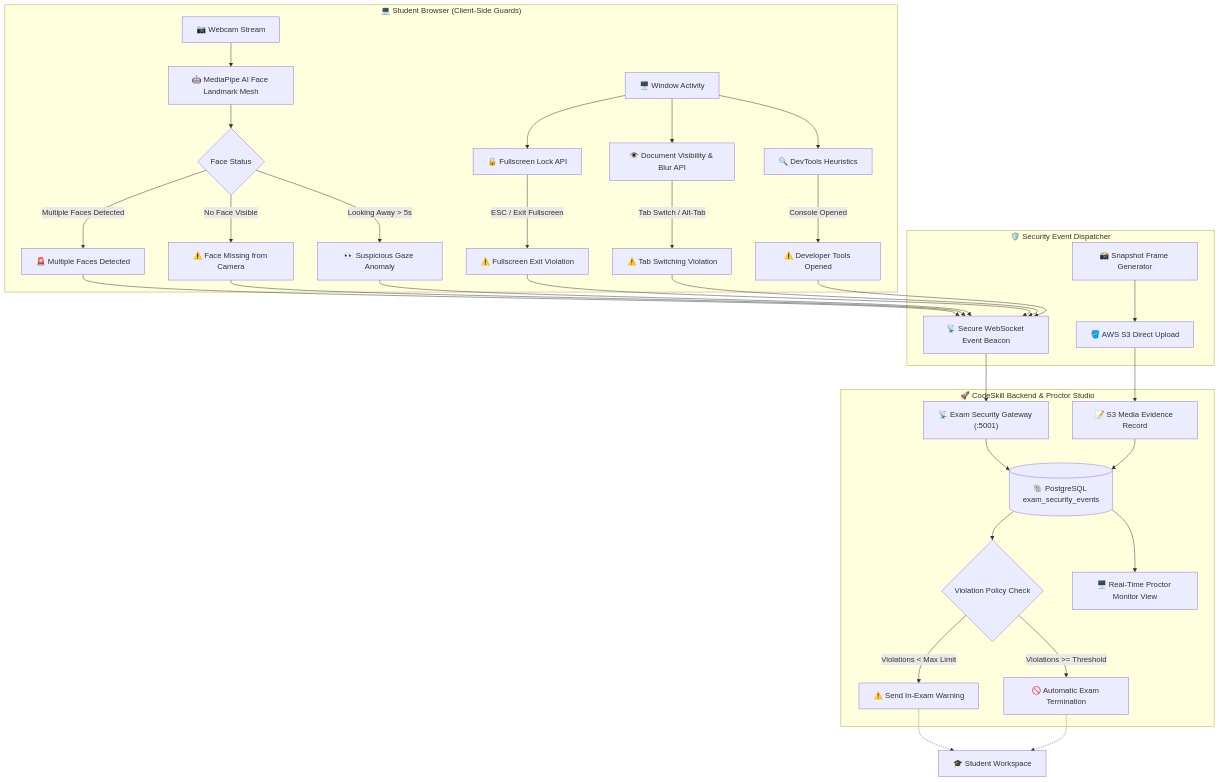
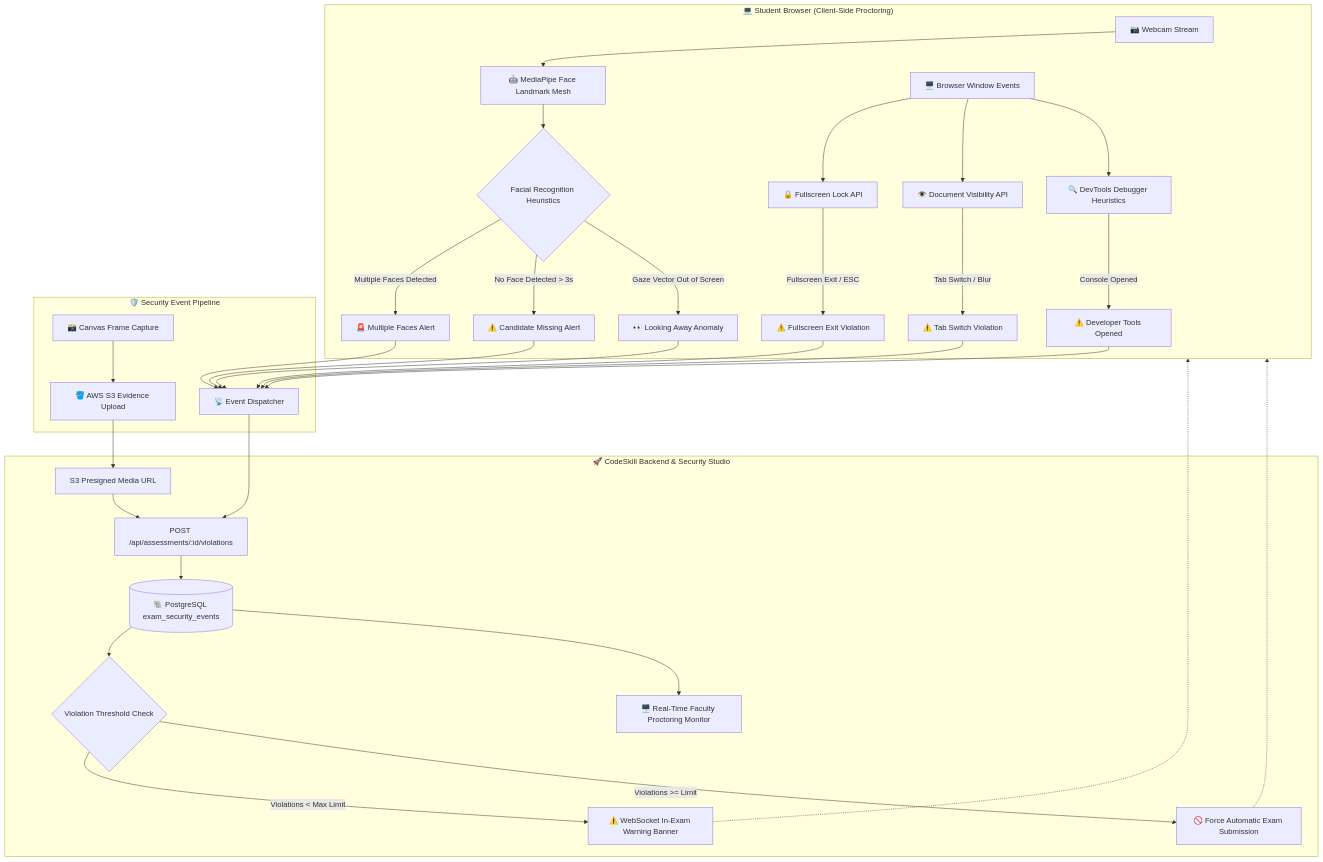
Before and after one commit to Abhinavvlog/codeskill: the third of 5 diagrams in README.md, drawn with Mermaid. The commit also changed other lines of this file and 28 other files, not shown here.

````diff
--- a/README.md
+++ b/README.md
@@ -261,43 +295,43 @@
 ```mermaid
 flowchart TD
-    subgraph ClientSide ["💻 Student Browser (Client-Side Guards)"]
-        CamStream["📷 Webcam Stream"] --> MediaPipe["🤖 MediaPipe AI Face Landmark Mesh"]
-        MediaPipe --> FaceCheck{"Face Status"}
-        FaceCheck -->|"Multiple Faces Detected"| AlertMult["🚨 Multiple Faces Detected"]
-        FaceCheck -->|"No Face Visible"| AlertNone["⚠️ Face Missing from Camera"]
-        FaceCheck -->|"Looking Away > 5s"| AlertGaze["👀 Suspicious Gaze Anomaly"]
+    subgraph ClientSide ["💻 Student Browser (Client-Side Proctoring)"]
+        Webcam["📷 Webcam Stream"] --> FaceLandmarks["🤖 MediaPipe Face Landmark Mesh"]
+        FaceLandmarks --> FaceDecisions{"Facial Recognition Heuristics"}
+        FaceDecisions -->|"Multiple Faces Detected"| AlertMult["🚨 Multiple Faces Alert"]
+        FaceDecisions -->|"No Face Detected > 3s"| AlertNone["⚠️ Candidate Missing Alert"]
+        FaceDecisions -->|"Gaze Vector Out of Screen"| AlertGaze["👀 Looking Away Anomaly"]
 
-        Screen["🖥️ Window Activity"] --> FSCheck["🔒 Fullscreen Lock API"]
-        FSCheck -->|"ESC / Exit Fullscreen"| AlertFS["⚠️ Fullscreen Exit Violation"]
-        Screen --> FocusCheck["👁️ Document Visibility & Blur API"]
-        FocusCheck -->|"Tab Switch / Alt-Tab"| AlertTab["⚠️ Tab Switching Violation"]
-        Screen --> DevtoolsCheck["🔍 DevTools Heuristics"]
-        DevtoolsCheck -->|"Console Opened"| AlertDev["⚠️ Developer Tools Opened"]
+        WindowEvents["🖥️ Browser Window Events"] --> FullscreenAPI["🔒 Fullscreen Lock API"]
+        FullscreenAPI -->|"Fullscreen Exit / ESC"| AlertFS["⚠️ Fullscreen Exit Violation"]
+        WindowEvents --> VisibilityAPI["👁️ Document Visibility API"]
+        VisibilityAPI -->|"Tab Switch / Blur"| AlertTab["⚠️ Tab Switch Violation"]
+        WindowEvents --> DevtoolsDetect["🔍 DevTools Debugger Heuristics"]
+        DevtoolsDetect -->|"Console Opened"| AlertDev["⚠️ Developer Tools Opened"]
     end
 
-    subgraph SecurityHub ["🛡️ Security Event Dispatcher"]
-        AlertMult --> Beacon["📡 Secure WebSocket Event Beacon"]
-        AlertNone --> Beacon
-        AlertGaze --> Beacon
-        AlertFS --> Beacon
-        AlertTab --> Beacon
-        AlertDev --> Beacon
-        CamSnap["📸 Snapshot Frame Generator"] --> S3Direct["🪣 AWS S3 Direct Upload"]
+    subgraph Dispatcher ["🛡️ Security Event Pipeline"]
+        AlertMult --> EventBatcher["📡 Event Dispatcher"]
+        AlertNone --> EventBatcher
+        AlertGaze --> EventBatcher
+        AlertFS --> EventBatcher
+        AlertTab --> EventBatcher
+        AlertDev --> EventBatcher
+        Snapshots["📸 Canvas Frame Capture"] --> S3Direct["🪣 AWS S3 Evidence Upload"]
     end
 
-    subgraph BackendSec ["🚀 CodeSkill Backend & Proctor Studio"]
-        Beacon --> SecGateway["📡 Exam Security Gateway (:5001)"]
-        SecGateway --> LogDB[("🐘 PostgreSQL exam_security_events")]
-        S3Direct --> EvidenceRecord["📝 S3 Media Evidence Record"]
-        EvidenceRecord --> LogDB
-
-        LogDB --> ViolationsEngine{"Violation Policy Check"}
-        ViolationsEngine -->|"Violations < Max Limit"| WarnStudent["⚠️ Send In-Exam Warning"]
-        ViolationsEngine -->|"Violations >= Threshold"| AutoTerminate["🚫 Automatic Exam Termination"]
-
-        LogDB --> ProctorDashboard["🖥️ Real-Time Proctor Monitor View"]
+    subgraph BackendSec ["🚀 CodeSkill Backend & Security Studio"]
+        EventBatcher --> APIEndpoint["POST /api/assessments/:id/violations"]
+        S3Direct --> S3Url["S3 Presigned Media URL"]
+        S3Url --> APIEndpoint
+        APIEndpoint --> SecurityDB[("🐘 PostgreSQL exam_security_events")]
+        
+        SecurityDB --> PolicyEngine{"Violation Threshold Check"}
+        PolicyEngine -->|"Violations < Max Limit"| EmitWarning["⚠️ WebSocket In-Exam Warning Banner"]
+        PolicyEngine -->|"Violations >= Limit"| AutoSubmit["🚫 Force Automatic Exam Submission"]
+        
+        SecurityDB --> AdminDashboard["🖥️ Real-Time Faculty Proctoring Monitor"]
     end
 
-    WarnStudent -.-> StudentUI["🎓 Student Workspace"]
-    AutoTerminate -.-> StudentUI
+    EmitWarning -.-> ClientSide
+    AutoSubmit -.-> ClientSide
 ```
````
